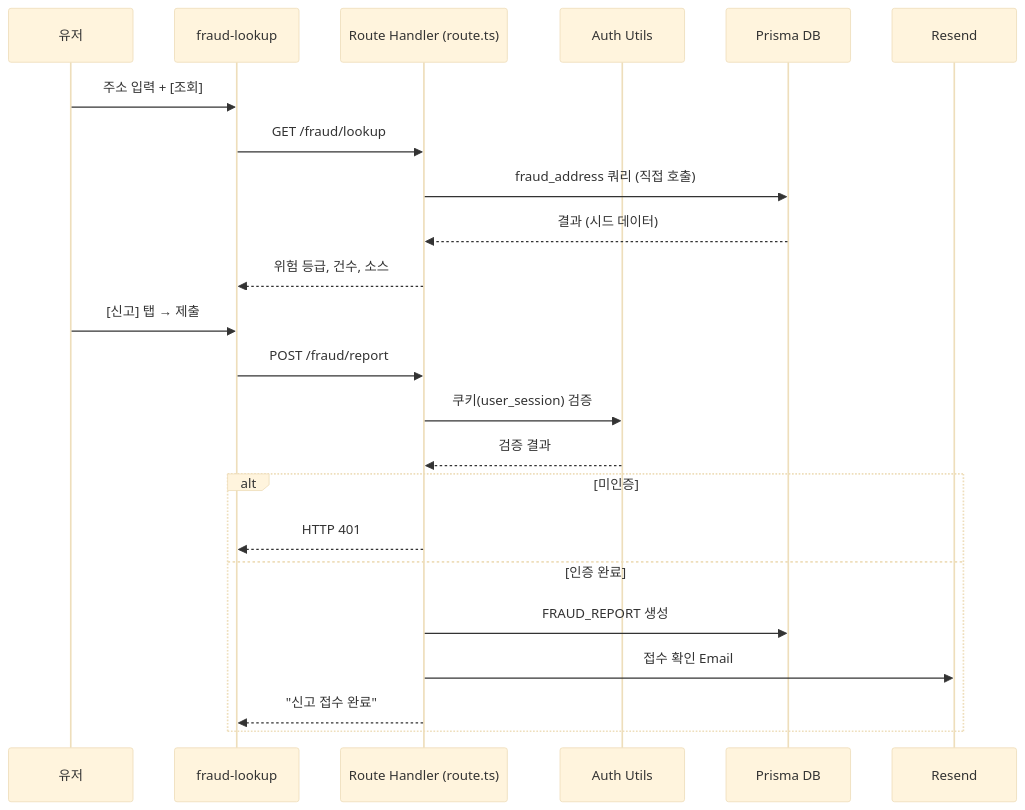
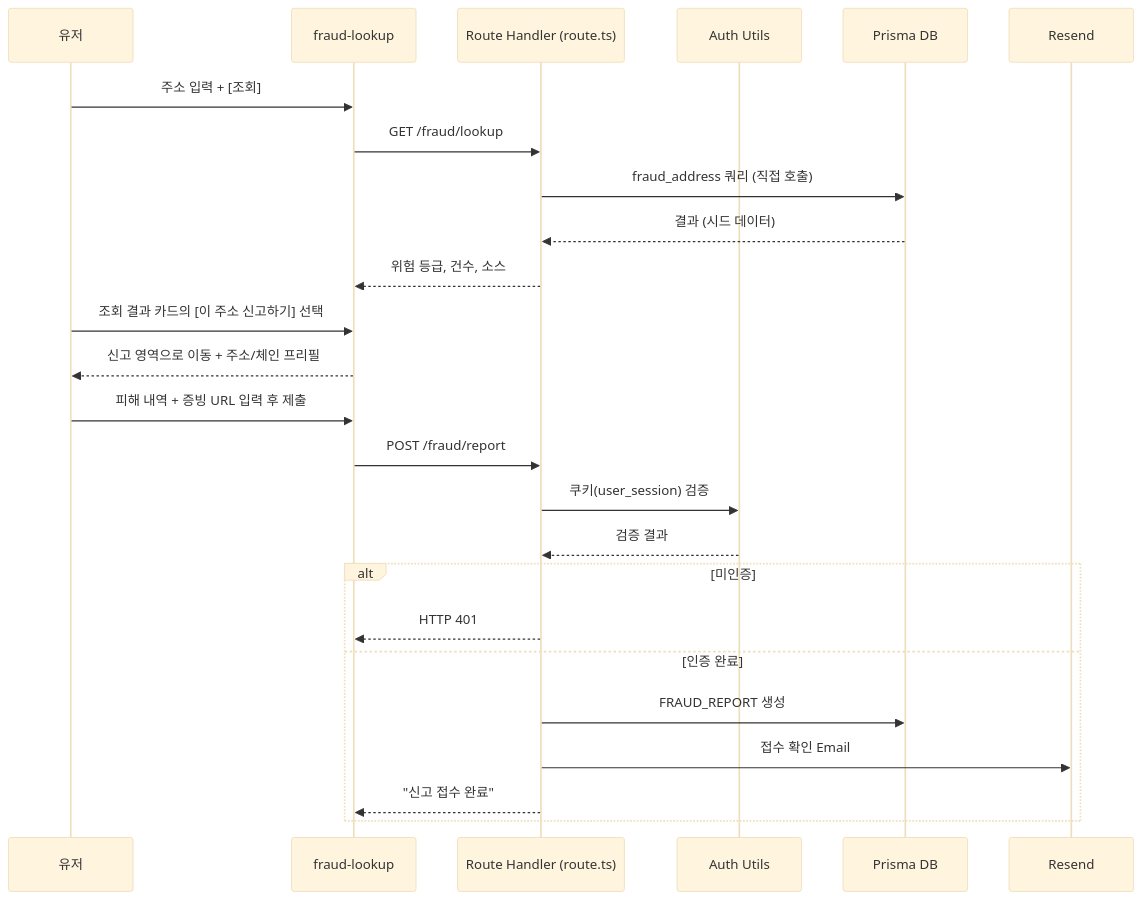
Before and after one commit to jwleestd/10.-OnChainSafeNS_MVP_En: the fourth of 8 diagrams in docs/0.SRS_v1opus46_fn.md, drawn with Mermaid (base theme). The commit also changed other lines of this file and 6 other files, not shown here.

````diff
--- a/docs/0.SRS_v1opus46_fn.md
+++ b/docs/0.SRS_v1opus46_fn.md
@@ -555,27 +566,29 @@
 ```mermaid
 sequenceDiagram
     participant User as 유저
     participant Page as fraud-lookup
     participant RH as Route Handler (route.ts)
     participant Auth as Auth Utils
     participant DB as Prisma DB
     participant Email as Resend
 
     User->>Page: 주소 입력 + [조회]
     Page->>RH: GET /fraud/lookup
     RH->>DB: fraud_address 쿼리 (직접 호출)
     DB-->>RH: 결과 (시드 데이터)
     RH-->>Page: 위험 등급, 건수, 소스
 
-    User->>Page: [신고] 탭 → 제출
+    User->>Page: 조회 결과 카드의 [이 주소 신고하기] 선택
+    Page-->>User: 신고 영역으로 이동 + 주소/체인 프리필
+    User->>Page: 피해 내역 + 증빙 URL 입력 후 제출
     Page->>RH: POST /fraud/report
     RH->>Auth: 쿠키(user_session) 검증
     Auth-->>RH: 검증 결과
     alt 미인증
         RH-->>Page: HTTP 401
     else 인증 완료
         RH->>DB: FRAUD_REPORT 생성
         RH->>Email: 접수 확인 Email
         RH-->>Page: "신고 접수 완료"
     end
 ```
````
